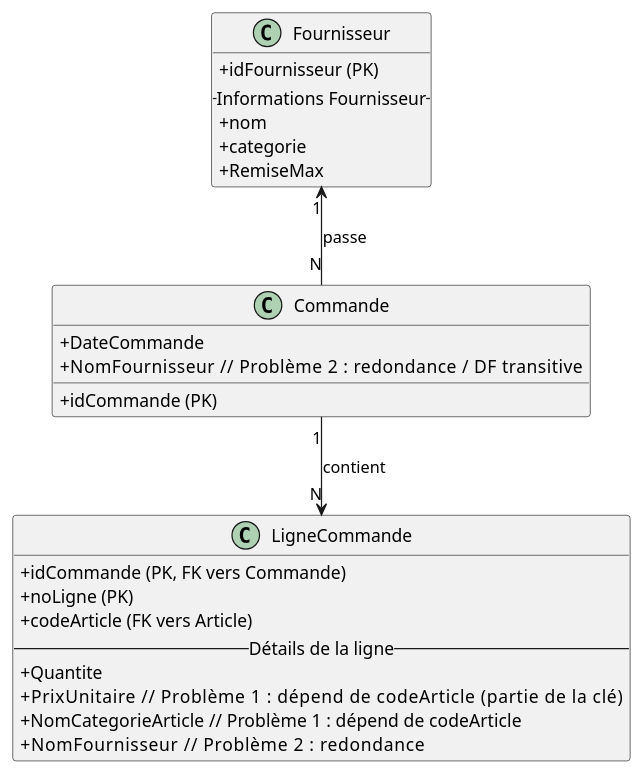
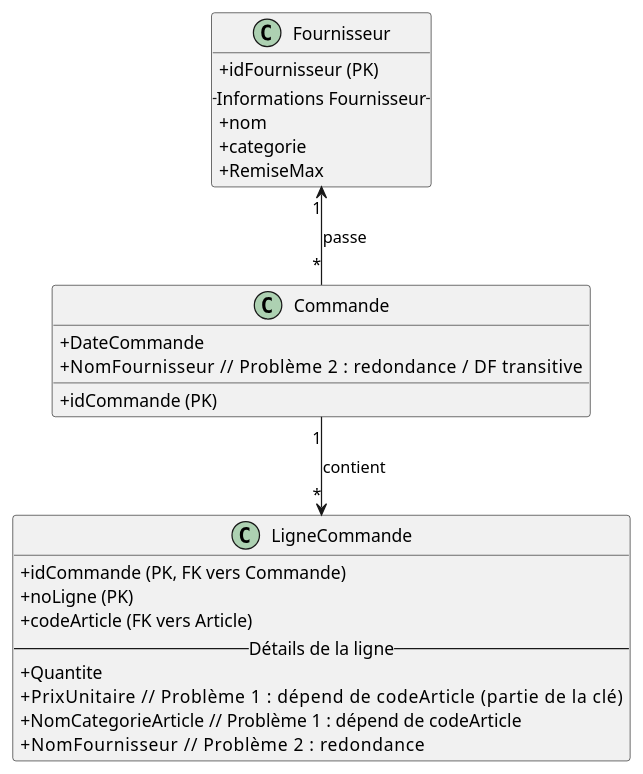
One commit to timotirob/bloc2 changed the diagram in 05-ModélisationFORMES-NORMALES.adoc. Above: the diagram before and after it, drawn with PlantUML.

Commit message:
Avec exercice type étude de cas

```diff
--- a/05-ModélisationFORMES-NORMALES.adoc
+++ b/05-ModélisationFORMES-NORMALES.adoc
@@ -534,33 +534,33 @@
 [plantuml, uml-fautif, svg]
 ----
 skinparam ClassAttributeIconSize 0
 
 class Fournisseur {
     + idFournisseur (PK)
     -- Informations Fournisseur --
     + nom
     + categorie
     + RemiseMax
 }
 
 class LigneCommande {
     + idCommande (PK, FK vers Commande)
     + noLigne (PK)
     + codeArticle (FK vers Article)
     -- Détails de la ligne --
     + Quantite
     + PrixUnitaire           // Problème 1 : dépend de codeArticle (partie de la clé)
     + NomCategorieArticle  // Problème 1 : dépend de codeArticle
     + NomFournisseur       // Problème 2 : redondance
 }
 
 class Commande {
     + idCommande (PK)
     + DateCommande
     + NomFournisseur       // Problème 2 : redondance / DF transitive
 }
 
-Commande "1" --> "N" LigneCommande : contient
+Commande "1" --> "*" LigneCommande : contient
 
-Fournisseur "1" <-- "N" Commande : passe
+Fournisseur "1" <-- "*" Commande : passe
 ----
```
